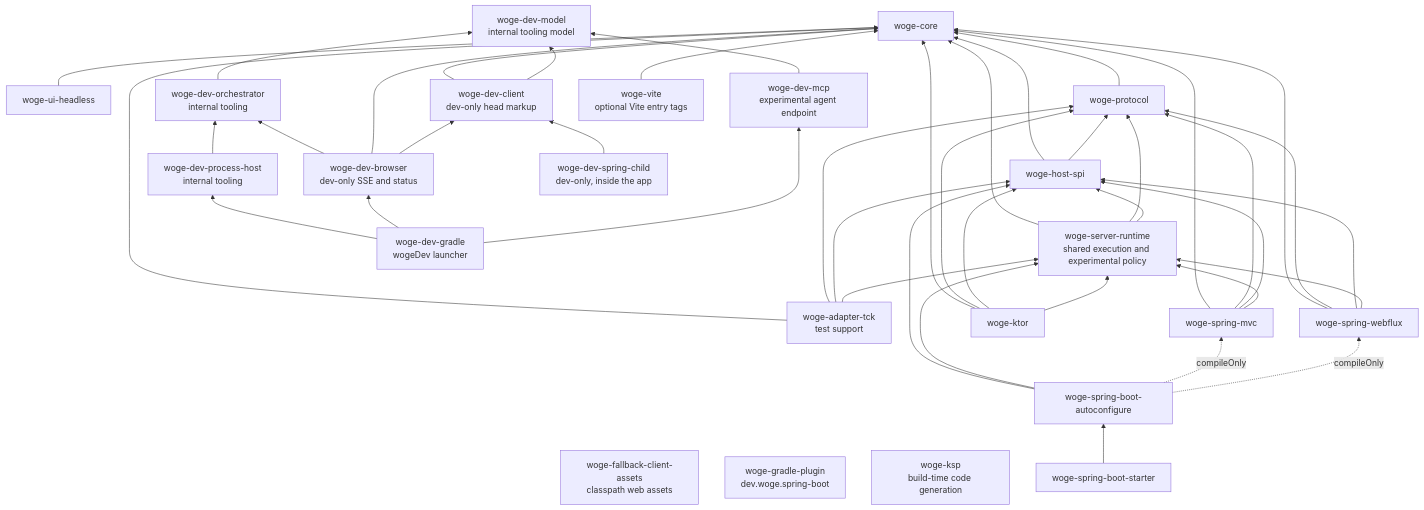
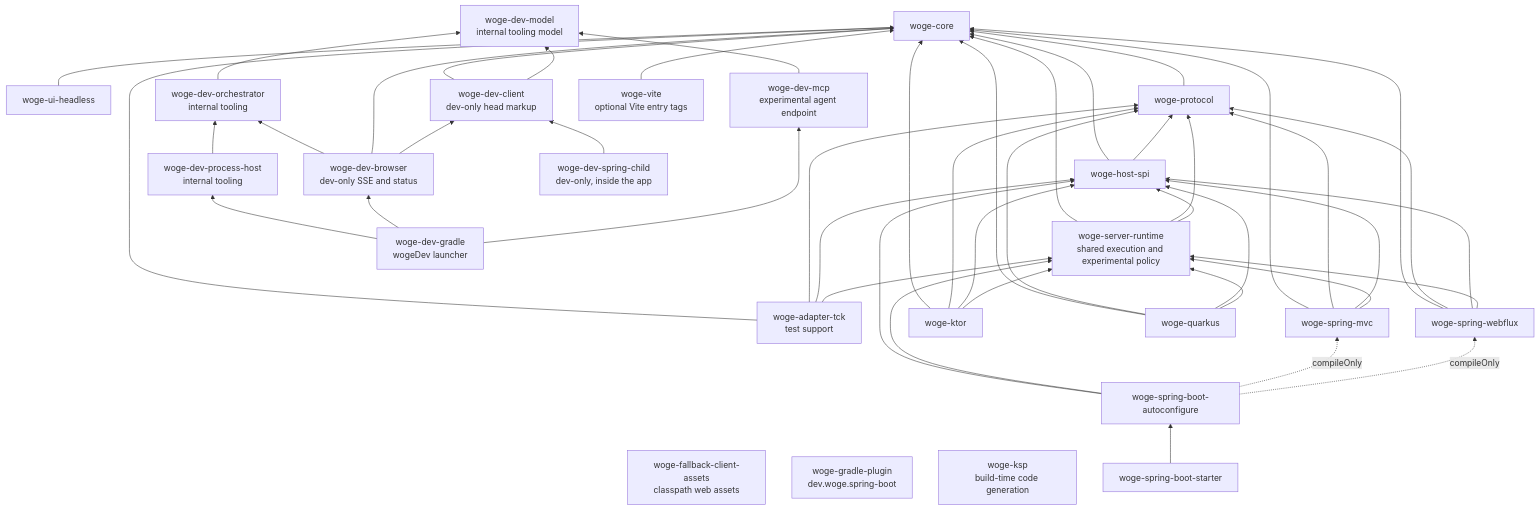
One commit to christian-draeger/woge changed the diagram in docs/architecture/module-graph.md. Above: the diagram before and after it, drawn with Mermaid. The commit also changed other lines of this file and 26 other files, not shown here.

````diff
--- a/docs/architecture/module-graph.md
+++ b/docs/architecture/module-graph.md
@@ -8,48 +8,52 @@
 ```mermaid
 flowchart BT
     UI[woge-ui-headless] --> Core[woge-core]
     Assets[woge-fallback-client-assets<br/>classpath web assets]
     Protocol[woge-protocol] --> Core
     SPI[woge-host-spi] --> Core
     SPI --> Protocol
     Runtime[woge-server-runtime<br/>shared execution and experimental policy] --> Core
     Runtime --> Protocol
     Runtime --> SPI
     DevModel[woge-dev-model<br/>internal tooling model]
     DevOrchestrator[woge-dev-orchestrator<br/>internal tooling] --> DevModel
     DevProcess[woge-dev-process-host<br/>internal tooling] --> DevOrchestrator
     DevBrowser[woge-dev-browser<br/>dev-only SSE and status] --> DevOrchestrator
     DevBrowser --> Core
     DevBrowser --> DevClient
     DevClient[woge-dev-client<br/>dev-only head markup] --> Core
     DevClient --> DevModel
     DevChild[woge-dev-spring-child<br/>dev-only, inside the app] --> DevClient
     DevGradle[woge-dev-gradle<br/>wogeDev launcher] --> DevProcess
     DevGradle --> DevBrowser
     DevMcp[woge-dev-mcp<br/>experimental agent endpoint] --> DevModel
     DevGradle --> DevMcp
     GradlePlugin[woge-gradle-plugin<br/>dev.woge.spring-boot]
     Ksp[woge-ksp<br/>build-time code generation]
     TCK[woge-adapter-tck<br/>test support] --> Core
     TCK --> Protocol
     TCK --> SPI
     TCK --> Runtime
     MVC[woge-spring-mvc] --> Core
     MVC --> Protocol
     MVC --> SPI
     MVC --> Runtime
     WebFlux[woge-spring-webflux] --> Core
     WebFlux --> Protocol
     WebFlux --> SPI
     WebFlux --> Runtime
     Ktor[woge-ktor] --> Core
     Ktor --> Protocol
     Ktor --> SPI
     Ktor --> Runtime
+    Quarkus[woge-quarkus] --> Core
+    Quarkus --> Protocol
+    Quarkus --> SPI
+    Quarkus --> Runtime
     Vite[woge-vite<br/>optional Vite entry tags] --> Core
     Auto[woge-spring-boot-autoconfigure] --> SPI
     Auto --> Runtime
     Auto -. compileOnly .-> MVC
     Auto -. compileOnly .-> WebFlux
     Starter[woge-spring-boot-starter] --> Auto
 ```
````
